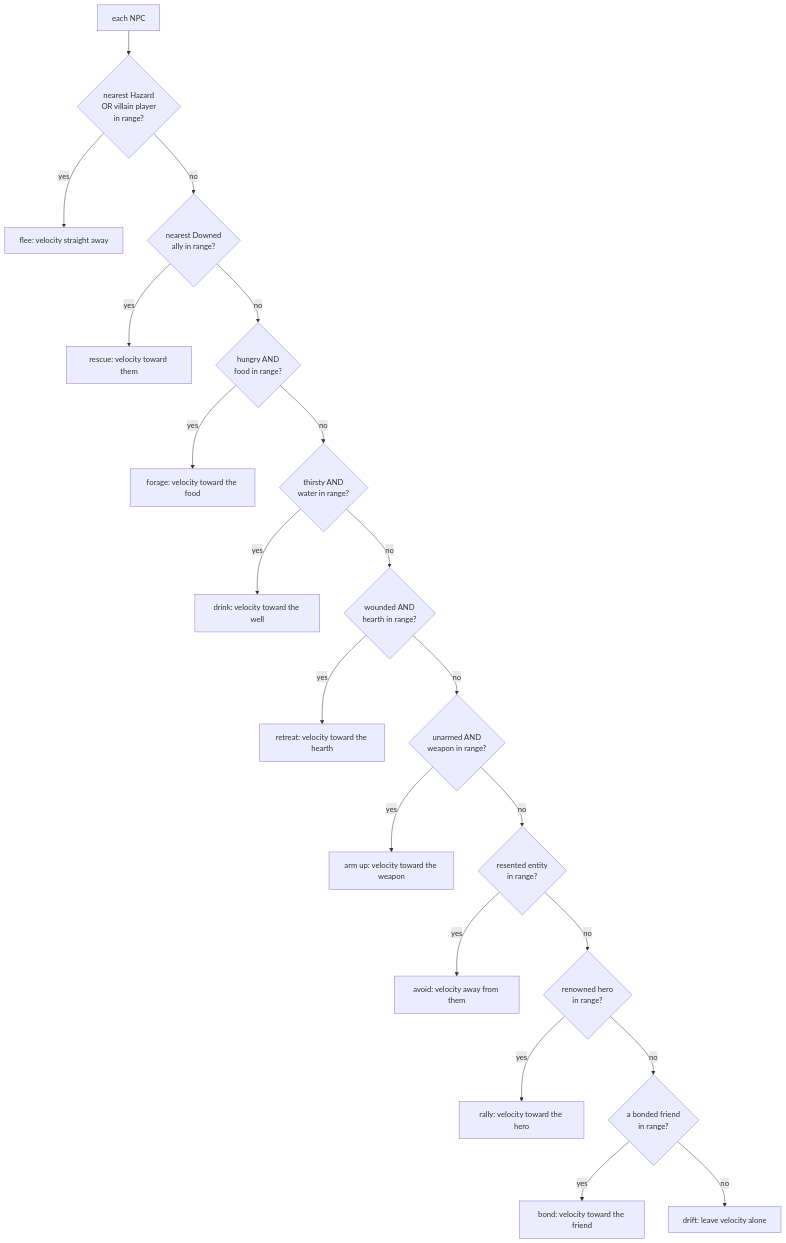
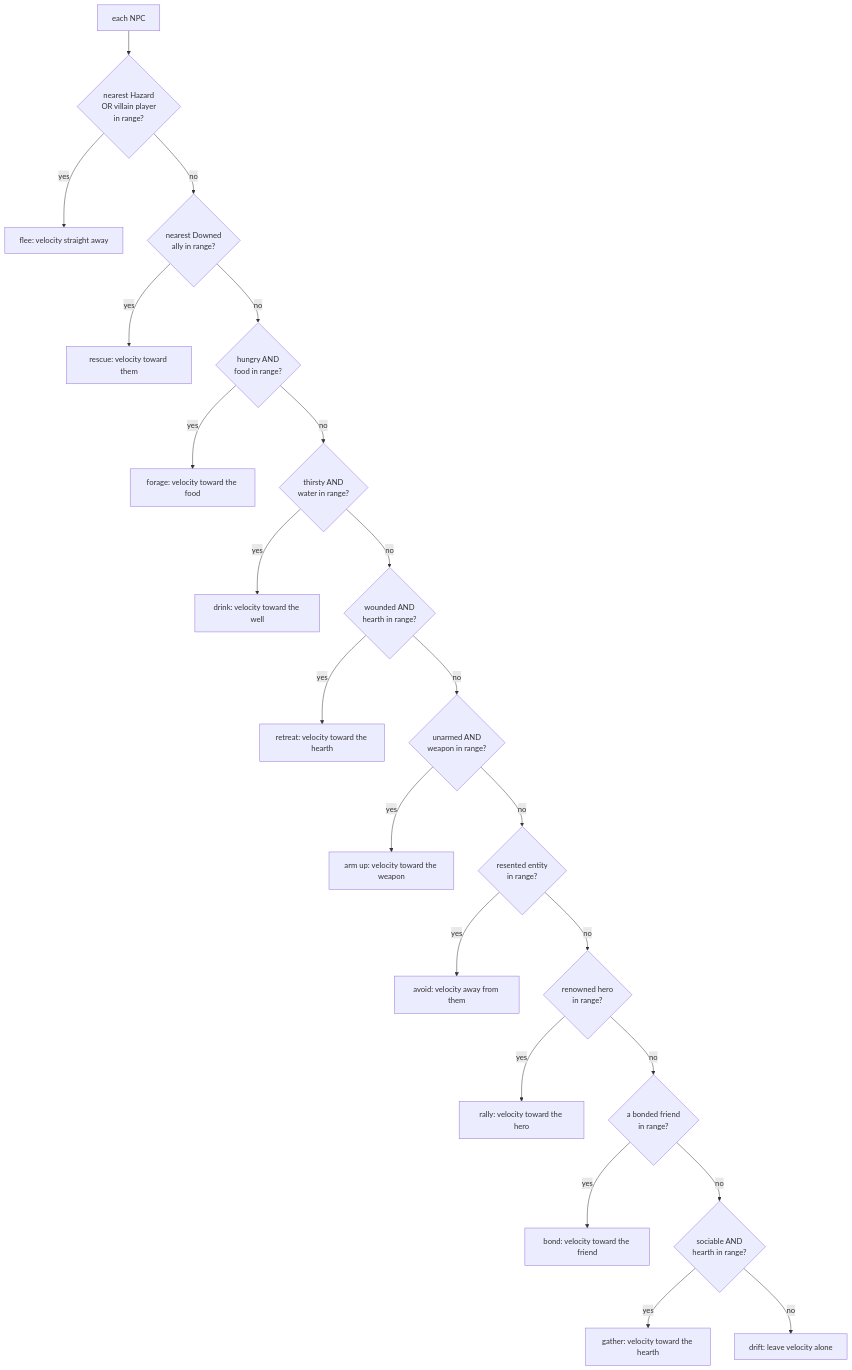
The diagram in docs/engine/npc-behaviour.md (IsItJeff/game-engine), drawn with Mermaid before and after one commit. The commit also changed other lines of this file and 2 other files, not shown here.

First line of the commit message:
Add a hearth-gather steer rung: idle sociable colonists amble to the fire (#127)

````diff
--- a/docs/engine/npc-behaviour.md
+++ b/docs/engine/npc-behaviour.md
@@ -40,22 +40,24 @@
 ```mermaid
 flowchart TD
   npc[each NPC] --> haz{nearest Hazard<br/>OR villain player<br/>in range?}
   haz -->|yes| flee[flee: velocity straight away]
   haz -->|no| dwn{nearest Downed<br/>ally in range?}
   dwn -->|yes| rescue[rescue: velocity toward them]
   dwn -->|no| hun{hungry AND<br/>food in range?}
   hun -->|yes| forage[forage: velocity toward the food]
   hun -->|no| thi{thirsty AND<br/>water in range?}
   thi -->|yes| drink[drink: velocity toward the well]
   thi -->|no| wnd{wounded AND<br/>hearth in range?}
   wnd -->|yes| mend[retreat: velocity toward the hearth]
   wnd -->|no| arm{unarmed AND<br/>weapon in range?}
   arm -->|yes| seek[arm up: velocity toward the weapon]
   arm -->|no| avoid{resented entity<br/>in range?}
   avoid -->|yes| back[avoid: velocity away from them]
   avoid -->|no| rally{renowned hero<br/>in range?}
   rally -->|yes| gather[rally: velocity toward the hero]
   rally -->|no| bond{a bonded friend<br/>in range?}
   bond -->|yes| gathb[bond: velocity toward the friend]
-  bond -->|no| drift[drift: leave velocity alone]
+  bond -->|no| fire{sociable AND<br/>hearth in range?}
+  fire -->|yes| gathf[gather: velocity toward the hearth]
+  fire -->|no| drift[drift: leave velocity alone]
 ```
````
